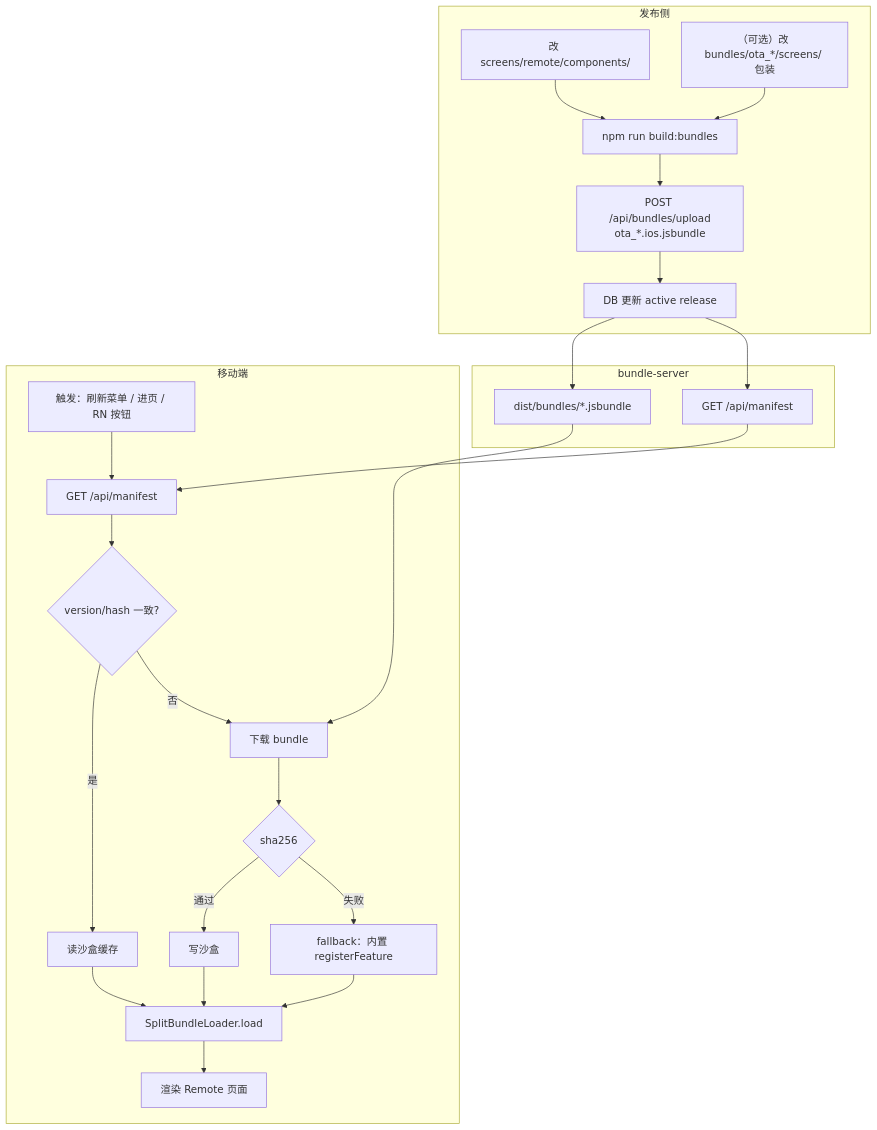
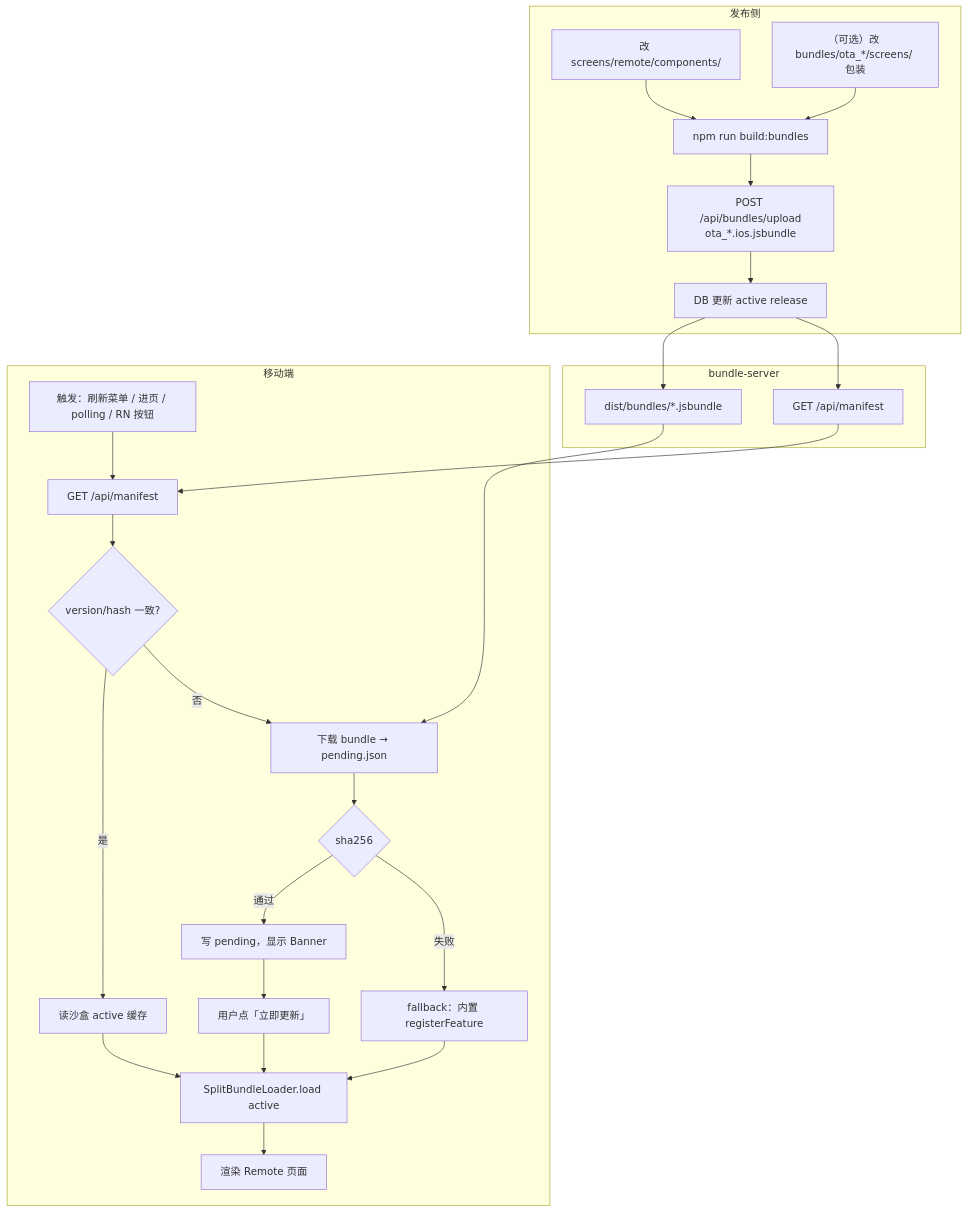
Before and after one commit to hpgo6688/brownfield: the second of 2 diagrams in docs/dynamic-multi-bundle.md, drawn with Mermaid. The commit also changed other lines of this file and 17 other files, not shown here.

First line of the commit message:
Implement OTA polling and user-confirmed update flow for Remote pages

````diff
--- a/docs/dynamic-multi-bundle.md
+++ b/docs/dynamic-multi-bundle.md
@@ -387,31 +407,32 @@
 ```mermaid
 flowchart TB
     subgraph Publish["发布侧"]
         A["改 screens/remote/components/"] --> B["npm run build:bundles"]
         B2["（可选）改 bundles/ota_*/screens/ 包装"] --> B
         B --> C["POST /api/bundles/upload<br/>ota_*.ios.jsbundle"]
         C --> D["DB 更新 active release"]
     end
 
     subgraph Server["bundle-server"]
         D --> E["dist/bundles/*.jsbundle"]
         D --> F["GET /api/manifest"]
     end
 
     subgraph Mobile["移动端"]
-        H["触发：刷新菜单 / 进页 / RN 按钮"] --> I["GET /api/manifest"]
+        H["触发：刷新菜单 / 进页 / polling / RN 按钮"] --> I["GET /api/manifest"]
         I --> J{"version/hash 一致?"}
-        J -->|是| K["读沙盒缓存"]
-        J -->|否| L["下载 bundle"]
+        J -->|是| K["读沙盒 active 缓存"]
+        J -->|否| L["下载 bundle → pending.json"]
         L --> M{"sha256"}
-        M -->|通过| N["写沙盒"]
+        M -->|通过| N["写 pending，显示 Banner"]
         M -->|失败| O["fallback：内置 registerFeature"]
-        N --> P["SplitBundleLoader.load"]
+        N --> P2["用户点「立即更新」"]
+        P2 --> P["SplitBundleLoader.load active"]
         K --> P
         O --> P
         P --> Q["渲染 Remote 页面"]
     end
 
     F --> I
     E --> L
 ```
````
